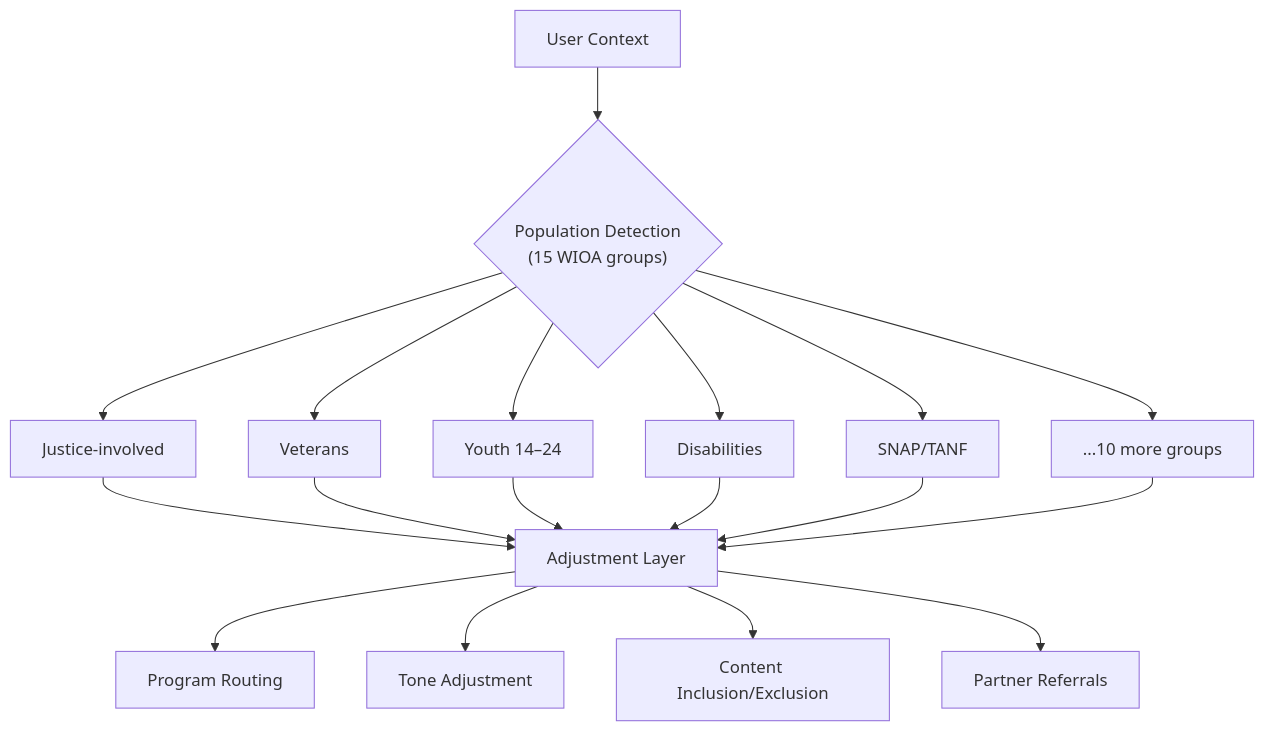
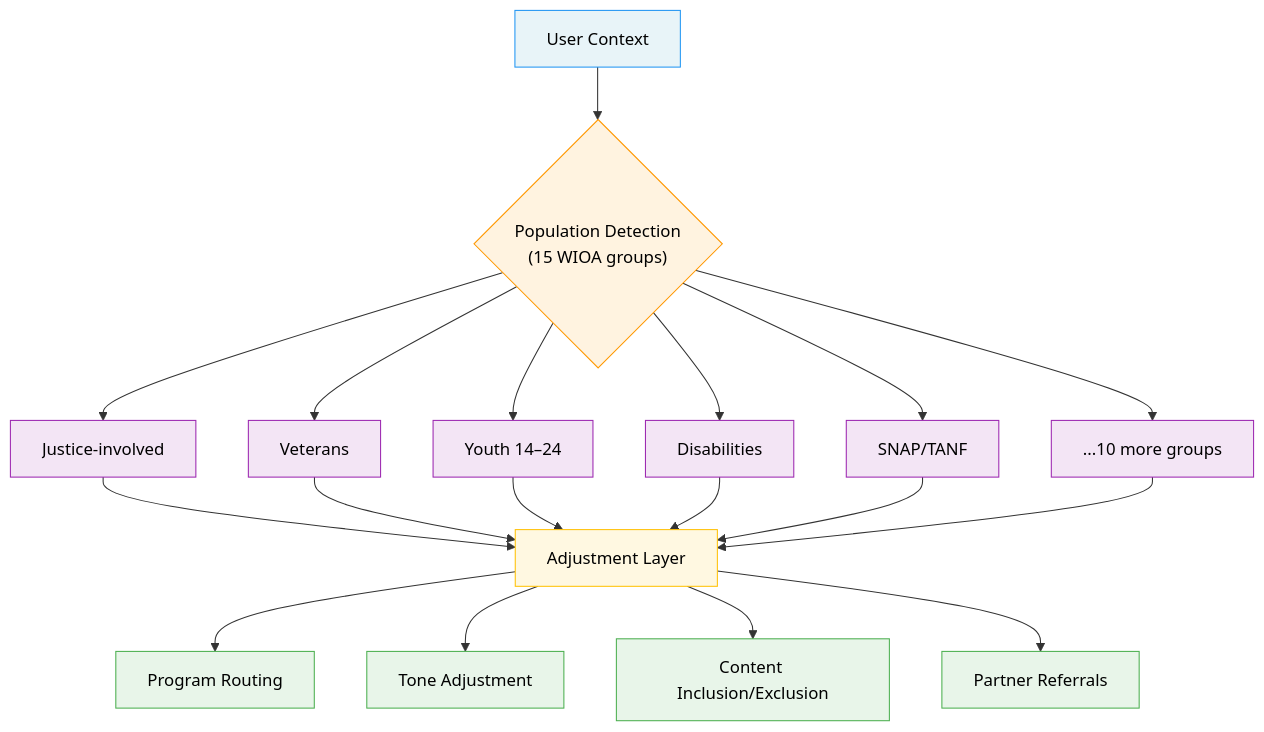
Before and after one commit to dougdevitre/access-to-jobs: the sixth of 8 diagrams in README.md, drawn with Mermaid. The commit also changed other lines of this file and 7 other files, not shown here.

First line of the commit message:
Enhance mermaid diagrams across all documentation files

````diff
--- a/README.md
+++ b/README.md
@@ -163,20 +256,26 @@
 ```mermaid
 flowchart TD
-    Input["User Context"] --> Detect{"Population Detection\n(15 WIOA groups)"}
-    Detect --> P1["Justice-involved"]
-    Detect --> P2["Veterans"]
-    Detect --> P3["Youth 14–24"]
-    Detect --> P4["Disabilities"]
-    Detect --> P5["SNAP/TANF"]
-    Detect --> P6["...10 more groups"]
-    P1 --> Adjust["Adjustment Layer"]
+    Input["User Context"]:::input --> Detect{"Population Detection\n(15 WIOA groups)"}:::router
+    Detect --> P1["Justice-involved"]:::pop
+    Detect --> P2["Veterans"]:::pop
+    Detect --> P3["Youth 14–24"]:::pop
+    Detect --> P4["Disabilities"]:::pop
+    Detect --> P5["SNAP/TANF"]:::pop
+    Detect --> P6["...10 more groups"]:::pop
+    P1 --> Adjust["Adjustment Layer"]:::process
     P2 --> Adjust
     P3 --> Adjust
     P4 --> Adjust
     P5 --> Adjust
     P6 --> Adjust
-    Adjust --> R1["Program Routing"]
-    Adjust --> R2["Tone Adjustment"]
-    Adjust --> R3["Content Inclusion/Exclusion"]
-    Adjust --> R4["Partner Referrals"]
+    Adjust --> R1["Program Routing"]:::output
+    Adjust --> R2["Tone Adjustment"]:::output
+    Adjust --> R3["Content Inclusion/Exclusion"]:::output
+    Adjust --> R4["Partner Referrals"]:::output
+
+    classDef input fill:#e8f4f8,stroke:#2196F3,color:#000
+    classDef router fill:#fff3e0,stroke:#FF9800,color:#000
+    classDef pop fill:#f3e5f5,stroke:#9C27B0,color:#000
+    classDef process fill:#fff8e1,stroke:#FFC107,color:#000
+    classDef output fill:#e8f5e9,stroke:#4CAF50,color:#000
 ```
````
